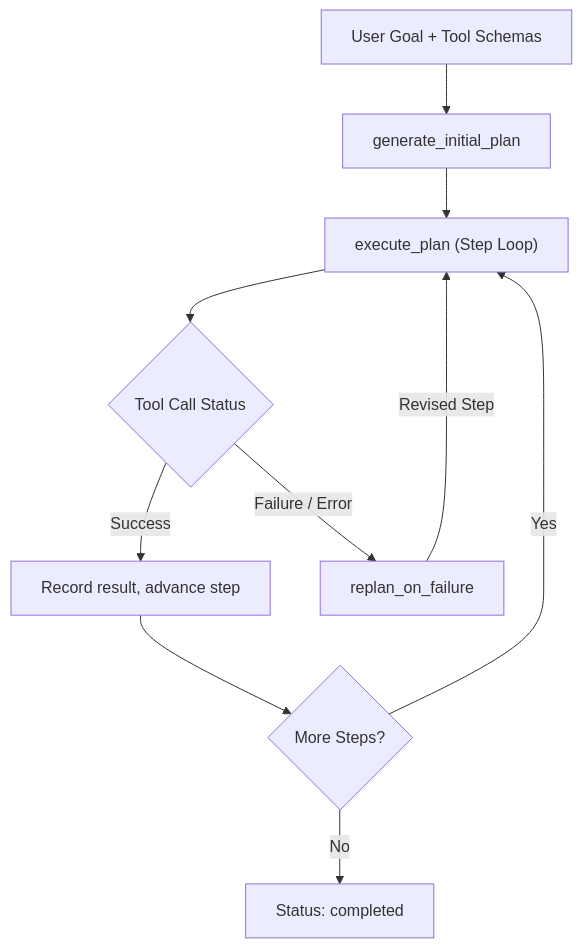
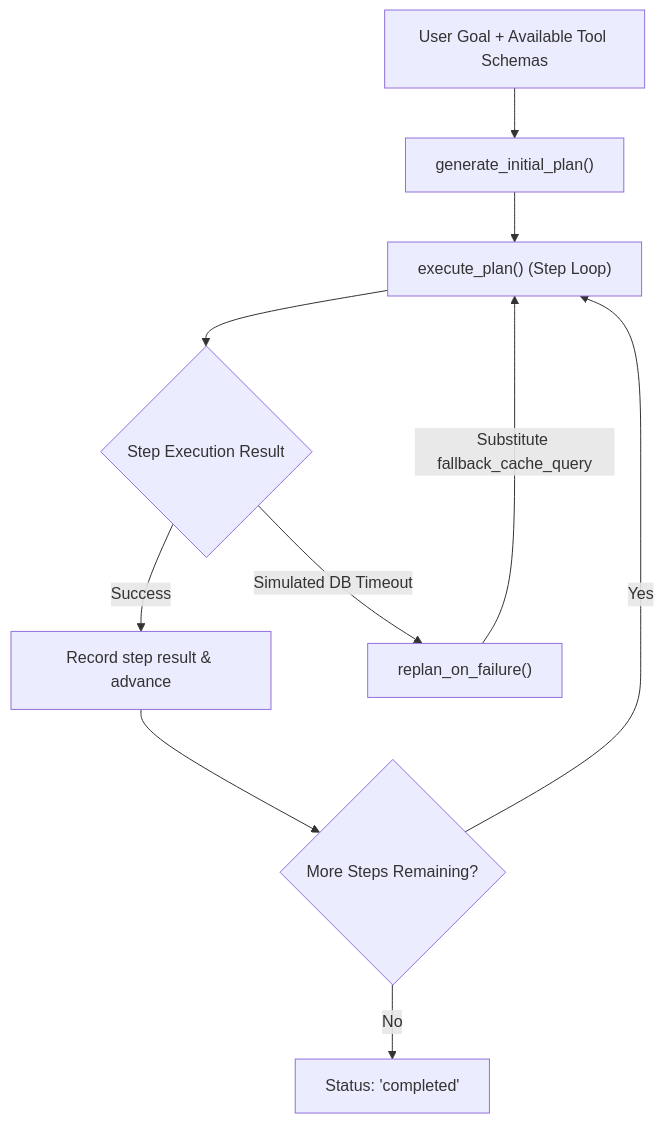
Before and after one commit to jacobbweber/AgenticAI-Labs: the diagram in education/11_planning_and_reflection/lab1_plan_and_solve.md, drawn with Mermaid. The commit also changed other lines of this file and 123 other files, not shown here.

````diff
--- a/education/11_planning_and_reflection/lab1_plan_and_solve.md
+++ b/education/11_planning_and_reflection/lab1_plan_and_solve.md
@@ -16,12 +20,12 @@
 ```mermaid
 flowchart TD
-    G["User Goal + Tool Schemas"] --> P["generate_initial_plan"]
-    P --> E["execute_plan (Step Loop)"]
-    E --> T{"Tool Call Status"}
-    T -->|"Success"| S["Record result, advance step"]
-    S --> N{"More Steps?"}
-    N -->|"Yes"| E
-    N -->|"No"| D["Status: completed"]
-    T -->|"Failure / Error"| R["replan_on_failure"]
-    R -->|"Revised Step"| E
+    A["User Goal + Available Tool Schemas"] --> B["generate_initial_plan()"]
+    B --> C["execute_plan() (Step Loop)"]
+    C --> D{"Step Execution Result"}
+    D -->|"Success"| E["Record step result & advance"]
+    E --> F{"More Steps Remaining?"}
+    F -->|"Yes"| C
+    F -->|"No"| G["Status: 'completed'"]
+    D -->|"Simulated DB Timeout"| H["replan_on_failure()"]
+    H -->|"Substitute fallback_cache_query"| C
 ```
````
